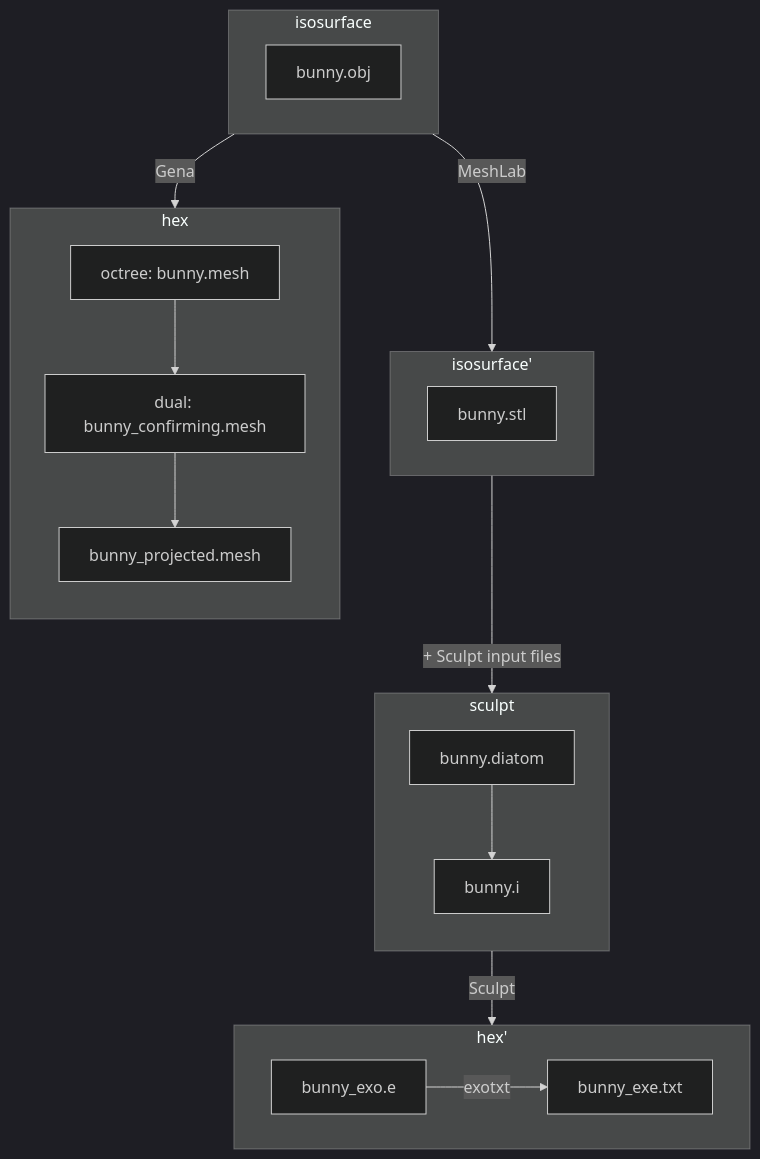
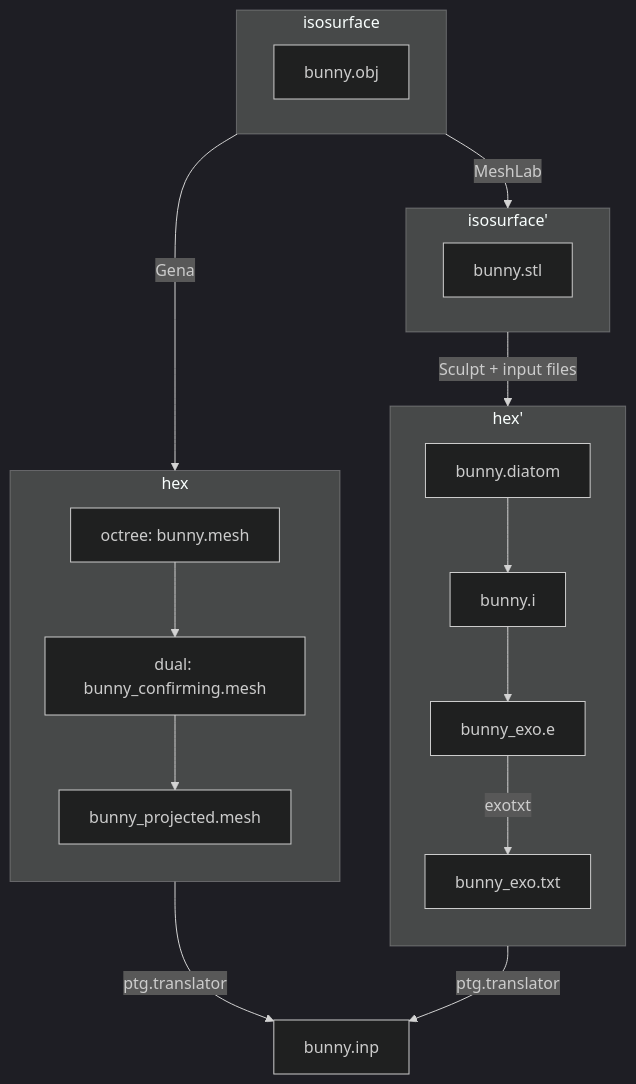
Before and after one commit to sandialabs/sibl: the second of 2 diagrams in geo/doc/cinolib/bunny.md, drawn with Mermaid (dark theme).

Commit message:
update workflow

````diff
--- a/geo/doc/cinolib/bunny.md
+++ b/geo/doc/cinolib/bunny.md
@@ -33,25 +33,25 @@
 ```mermaid
   flowchart
     subgraph isosurface
       a[bunny.obj]
     end
     subgraph isosurface'
       b[bunny.stl]
     end
-    subgraph hex'
-      bunny_exo.e -- exotxt --> bunny_exe.txt
-    end
     subgraph hex
       direction TB
       c1[octree: bunny.mesh]-->c2[dual: bunny_confirming.mesh]
-      c2-->c3[bunny_projected.mesh]
+      c2 --> c3[bunny_projected.mesh]
     end
-    subgraph sculpt
+    subgraph hex'
       direction TB
       d1[bunny.diatom] --> d2[bunny.i]
+      d2 --> d3[bunny_exo.e]
+      d3 -- exotxt --> d4[bunny_exo.txt]
     end
-    isosurface-- MeshLab --> isosurface'
-    isosurface'-- + Sculpt input files --> sculpt
-    sculpt -- Sculpt --> hex'
-    isosurface-- Gena --> hex
+    isosurface -- MeshLab --> isosurface'
+    isosurface' -- Sculpt + input files --> hex'
+    isosurface -- Gena --> hex
+    hex -- ptg.translator --> bunny.inp
+    d4 -- ptg.translator --> bunny.inp
 ```
````
